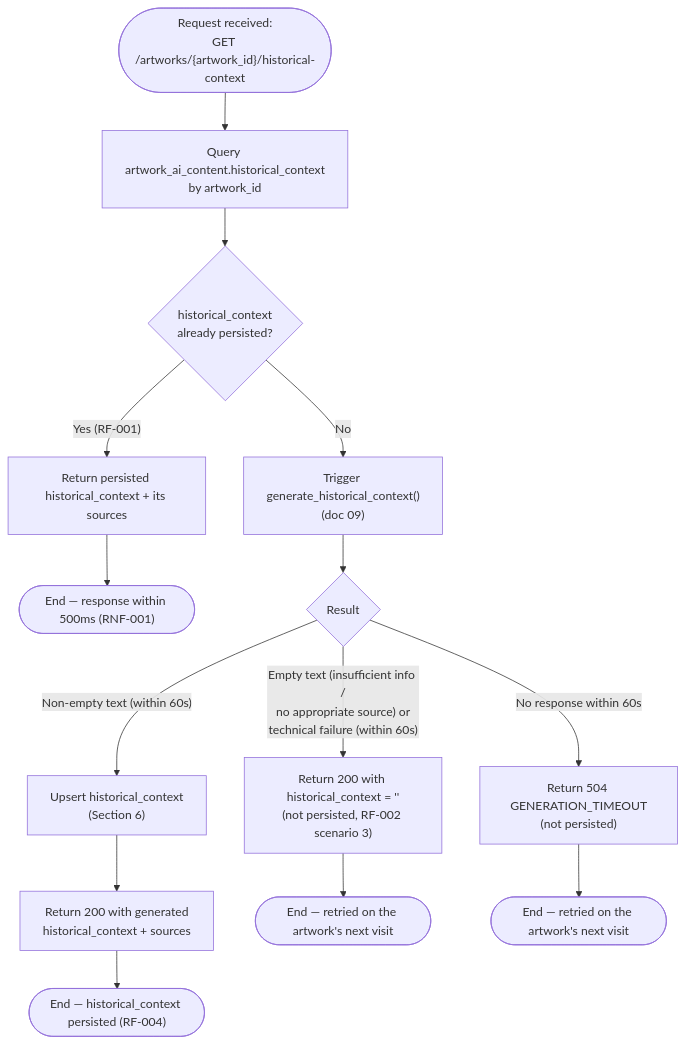
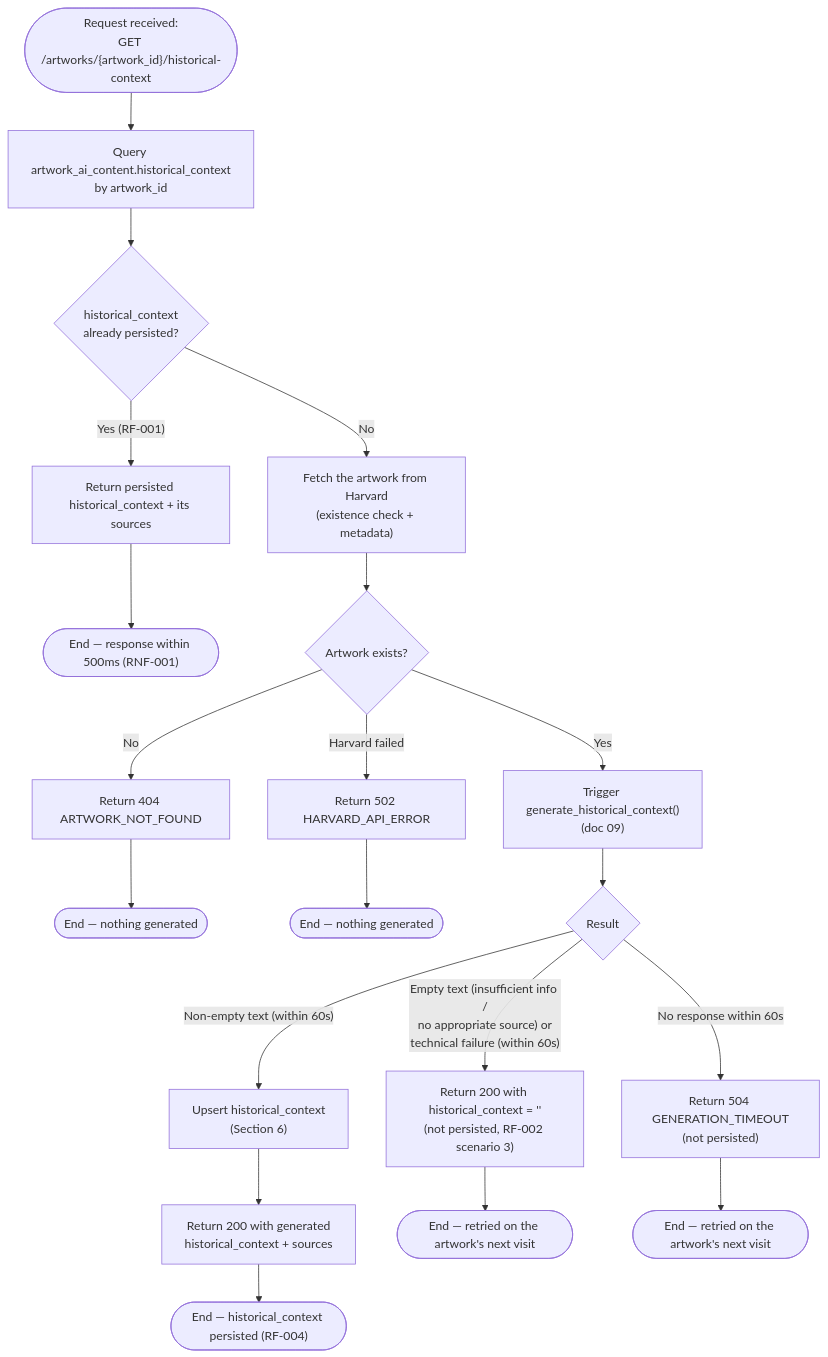
Before and after one commit to Jeferson-Filho/Art-Archive-Front-AI: the first of 4 diagrams in documentation/specs/06-persistence-flow.md, drawn with Mermaid. The commit also changed other lines of this file and 4 other files, not shown here.

First line of the commit message:
📚 docs(specs): specify the Harvard existence check and the global error envelope

````diff
--- a/documentation/specs/06-persistence-flow.md
+++ b/documentation/specs/06-persistence-flow.md
@@ -34,21 +36,28 @@
 ```mermaid
 flowchart TD
     HStart(["Request received:<br/>GET /artworks/{artwork_id}/historical-context"]) --> HCheckDB["Query artwork_ai_content.historical_context<br/>by artwork_id"]
 
     HCheckDB --> HExists{"historical_context<br/>already persisted?"}
     HExists -- "Yes (RF-001)" --> HFromDB["Return persisted historical_context + its sources"]
     HFromDB --> HEndCached(["End — response within 500ms (RNF-001)"])
 
-    HExists -- No --> HTrigger["Trigger generate_historical_context()<br/>(doc 09)"]
+    HExists -- No --> HHarvard["Fetch the artwork from Harvard<br/>(existence check + metadata)"]
+    HHarvard --> HArtwork{"Artwork exists?"}
+    HArtwork -- "No" --> HNotFound["Return 404 ARTWORK_NOT_FOUND"]
+    HNotFound --> HEndNotFound(["End — nothing generated"])
+    HArtwork -- "Harvard failed" --> HHarvardError["Return 502 HARVARD_API_ERROR"]
+    HHarvardError --> HEndHarvardError(["End — nothing generated"])
+
+    HArtwork -- Yes --> HTrigger["Trigger generate_historical_context()<br/>(doc 09)"]
     HTrigger --> HResult{"Result"}
 
     HResult -- "Non-empty text (within 60s)" --> HPersist["Upsert historical_context<br/>(Section 6)"]
     HPersist --> HReturnGenerated["Return 200 with generated<br/>historical_context + sources"]
     HReturnGenerated --> HEndSuccess(["End — historical_context persisted (RF-004)"])
 
     HResult -- "Empty text (insufficient info /<br/>no appropriate source) or<br/>technical failure (within 60s)" --> HEmpty["Return 200 with historical_context = ''<br/>(not persisted, RF-002 scenario 3)"]
     HEmpty --> HEndEmpty(["End — retried on the artwork's next visit"])
 
     HResult -- "No response within 60s" --> HTimeout["Return 504 GENERATION_TIMEOUT<br/>(not persisted)"]
     HTimeout --> HEndTimeout(["End — retried on the artwork's next visit"])
 ```
````
